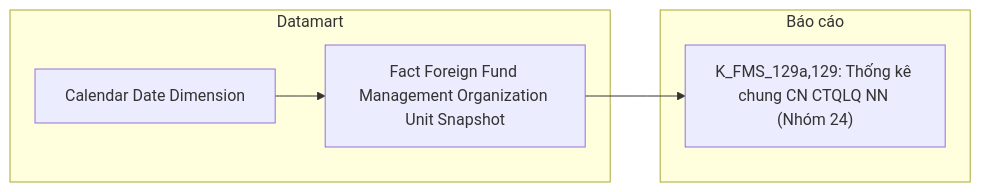
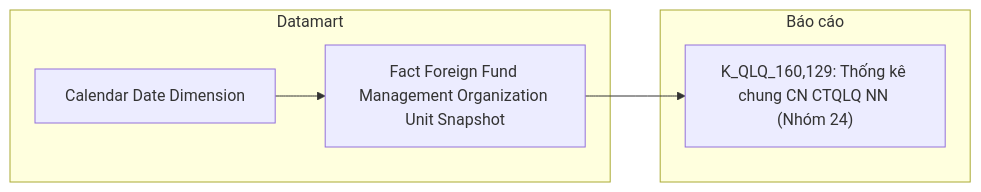
One commit to linhlvit/ubck_atomic_design changed diagram 34 of 37 in Datamart/hld/DTM_QLQ_HLD.md. Above: the diagram before and after it, drawn with Mermaid. The commit also changed other lines of this file and 5 other files, not shown here.

````diff
--- a/Datamart/hld/DTM_QLQ_HLD.md
+++ b/Datamart/hld/DTM_QLQ_HLD.md
@@ -1481,12 +1482,12 @@
 ```mermaid
 flowchart LR
     subgraph GOLD["Datamart"]
         G1["Fact Foreign Fund Management Organization Unit Snapshot"]
         G2["Calendar Date Dimension"]
     end
     subgraph RPT["Báo cáo"]
-        R1["K_FMS_129a,129: Thống kê chung CN CTQLQ NN (Nhóm 24)"]
+        R1["K_QLQ_160,129: Thống kê chung CN CTQLQ NN (Nhóm 24)"]
     end
     G2 --> G1
     G1 --> R1
 ```
````
